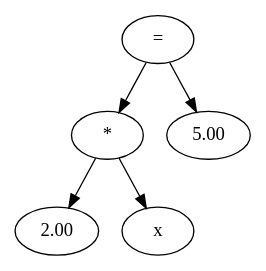
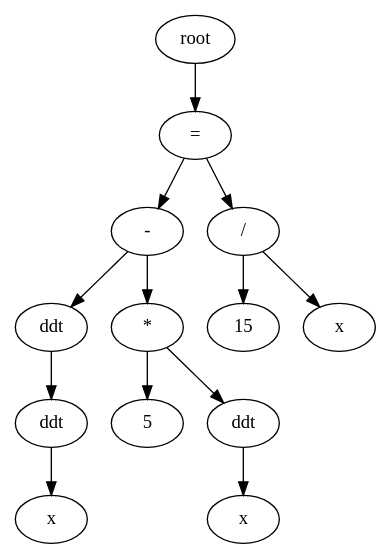
One commit to Jojojoppe/EQparse changed the diagram in testout.dot. Above: the diagram before and after it, drawn with Graphviz. The commit also changed 10 other files, not shown here.

```diff
--- a/testout.dot
+++ b/testout.dot
@@ -1,11 +1,27 @@
 digraph{
-root [label="="]
-root_0 [label="*"]
-root -> root_0
-root_0_0 [label="2.00"]
-root_0 -> root_0_0
-root_0_1 [label="x"]
-root_0 -> root_0_1
-root_1 [label="5.00"]
-root -> root_1
+root
+root0 [label="="]
+root -> root0
+root00 [label="-"]
+root0 -> root00
+root000 [label="ddt"]
+root00 -> root000
+root0000 [label="ddt"]
+root000 -> root0000
+root00000 [label="x"]
+root0000 -> root00000
+root001 [label="*"]
+root00 -> root001
+root0010 [label="5"]
+root001 -> root0010
+root0011 [label="ddt"]
+root001 -> root0011
+root00110 [label="x"]
+root0011 -> root00110
+root01 [label="/"]
+root0 -> root01
+root010 [label="15"]
+root01 -> root010
+root011 [label="x"]
+root01 -> root011
 }
```
